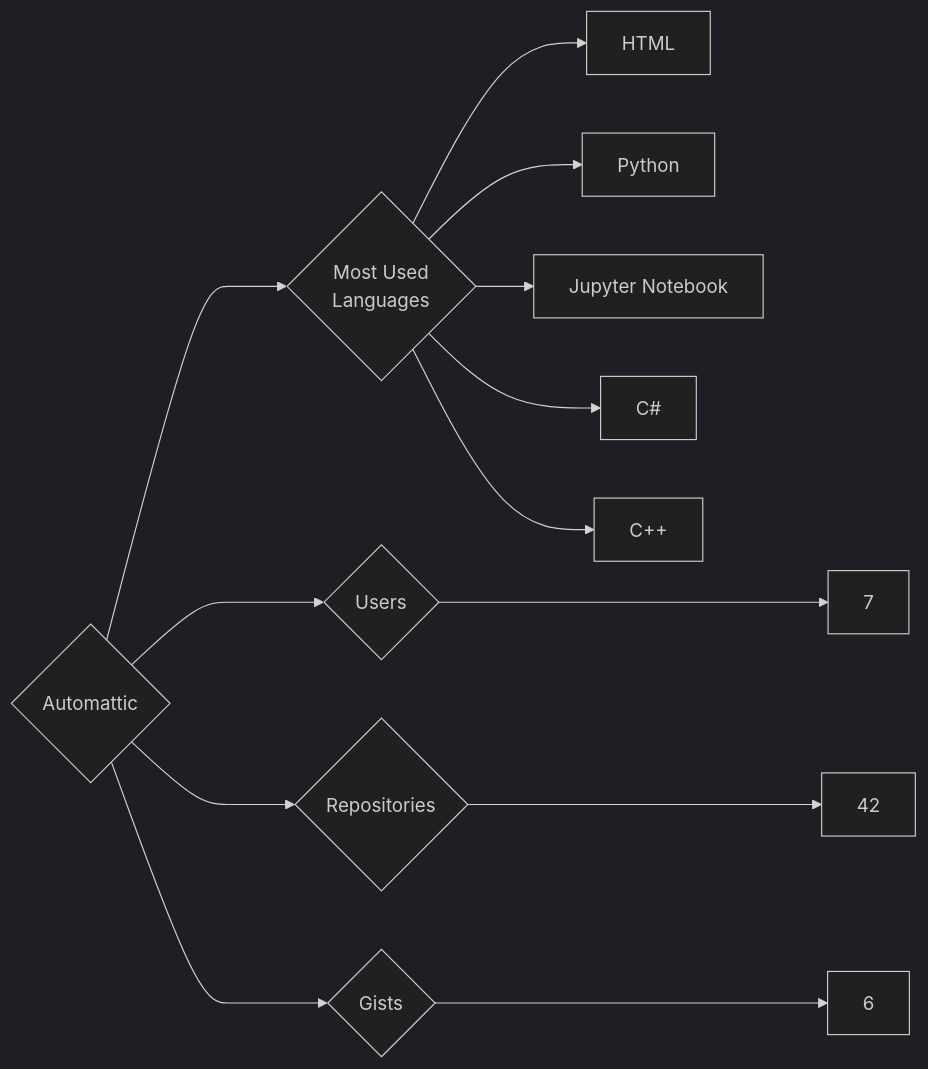
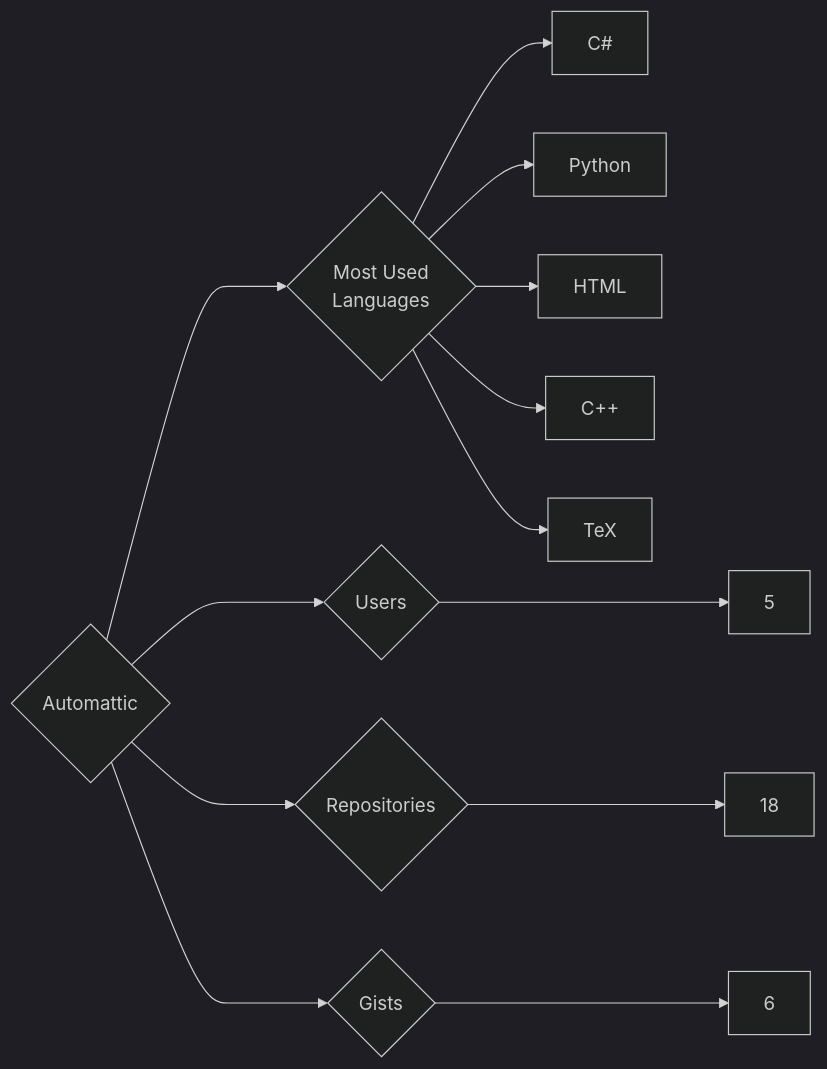
Before and after one commit to trickest/insiders: the diagram in targets/Automattic/README.md, drawn with Mermaid (dark theme). The commit also changed 1055 other files, not shown here.

````diff
--- a/targets/Automattic/README.md
+++ b/targets/Automattic/README.md
@@ -3,13 +3,13 @@
 ```mermaid
 graph LR
 COMPANY_NAME{Automattic}
-COMPANY_NAME ---> U{Users} ---> UN[7]
-COMPANY_NAME ---> R{Repositories} ---> RN[42]
+COMPANY_NAME ---> U{Users} ---> UN[5]
+COMPANY_NAME ---> R{Repositories} ---> RN[18]
 COMPANY_NAME ---> G{Gists} ---> GN[6]
 COMPANY_NAME ---> ML{Most Used<br>Languages}
+ML --> C#[C#]
+ML --> Python[Python]
 ML --> HTML[HTML]
-ML --> Python[Python]
-ML --> Jupyter_Notebook[Jupyter Notebook]
-ML --> C#[C#]
 ML --> C++[C++]
+ML --> TeX[TeX]
 ```
````
